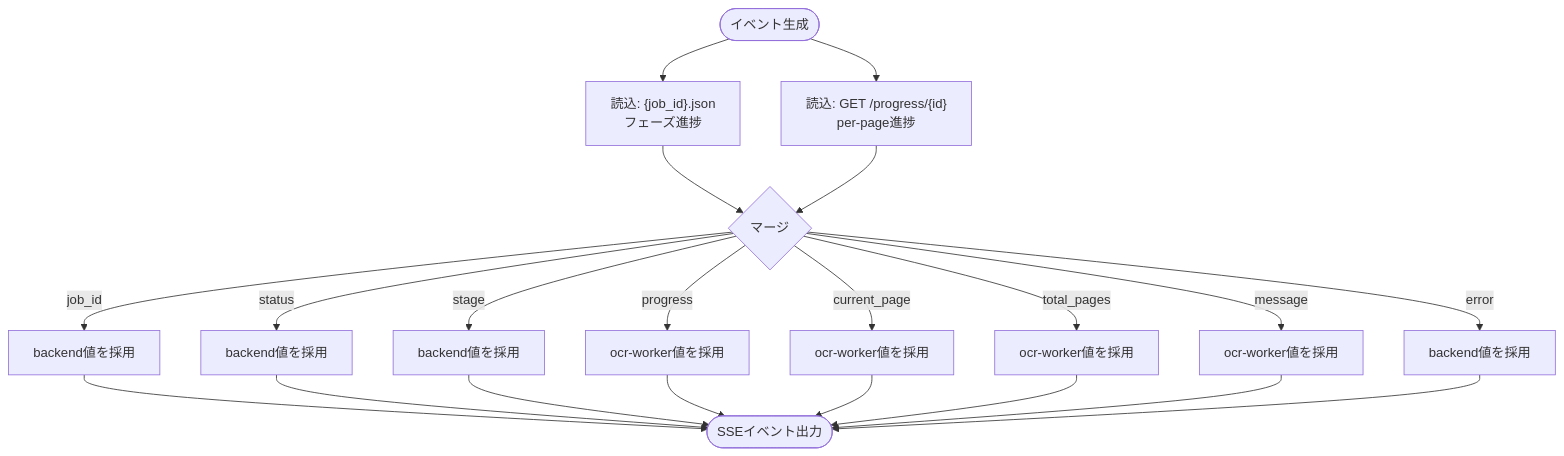
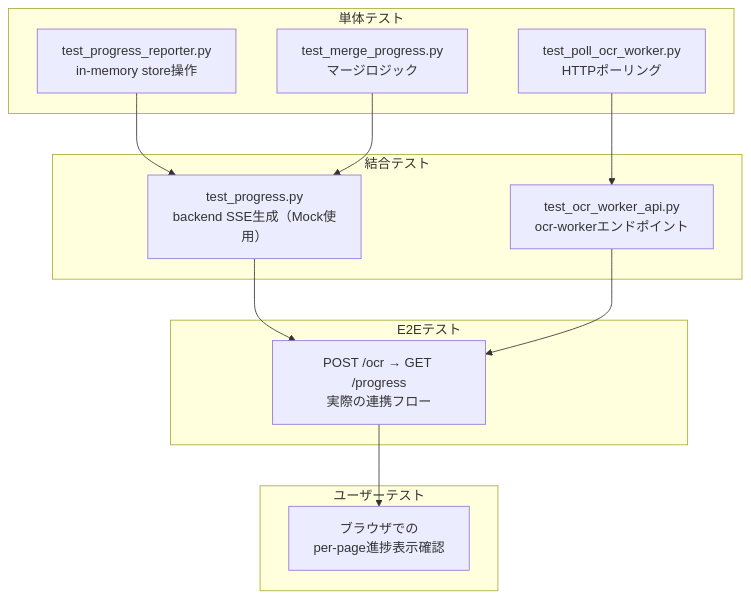
Before and after one commit to Hisao-Mizuochi-Develop/book2pdf: the sixth of 6 diagrams in docs/SY-CONTAINER-PROGRESS-API-DESIGN.md, drawn with Mermaid. The commit also changed other lines of this file and 3 other files, not shown here.

First line of the commit message:
docs(SY002001): restructure progress notification architecture specs

````diff
--- a/docs/SY-CONTAINER-PROGRESS-API-DESIGN.md
+++ b/docs/SY-CONTAINER-PROGRESS-API-DESIGN.md
@@ -192,26 +651,25 @@
 ```mermaid
 flowchart TD
-    Start(["イベント生成"]) --> ReadBE["読込: {job_id}.json<br/>フェーズ進捗"]
-    Start --> ReadOW["読込: GET /progress/{id}<br/>per-page進捗"]
+    subgraph Unit["単体テスト"]
+        U1["test_progress_reporter.py<br/>in-memory store操作"]
+        U2["test_merge_progress.py<br/>マージロジック"]
+        U3["test_poll_ocr_worker.py<br/>HTTPポーリング"]
+    end
+    subgraph Integration["結合テスト"]
+        I1["test_progress.py<br/>backend SSE生成（Mock使用）"]
+        I2["test_ocr_worker_api.py<br/>ocr-workerエンドポイント"]
+    end
+    subgraph E2E["E2Eテスト"]
+        E1["POST /ocr → GET /progress<br/>実際の連携フロー"]
+    end
+    subgraph UAT["ユーザーテスト"]
+        UIT["ブラウザでの<br/>per-page進捗表示確認"]
+    end
 
-    ReadBE --> Merge{"マージ"}
-    ReadOW --> Merge
-
-    Merge -->|job_id| F1["backend値を採用"]
-    Merge -->|status| F2["backend値を採用"]
-    Merge -->|stage| F3["backend値を採用"]
-    Merge -->|progress| F4["ocr-worker値を採用"]
-    Merge -->|current_page| F5["ocr-worker値を採用"]
-    Merge -->|total_pages| F6["ocr-worker値を採用"]
-    Merge -->|message| F7["ocr-worker値を採用"]
-    Merge -->|error| F8["backend値を採用"]
-
-    F1 --> Output(["SSEイベント出力"])
-    F2 --> Output
-    F3 --> Output
-    F4 --> Output
-    F5 --> Output
-    F6 --> Output
-    F7 --> Output
-    F8 --> Output
+    U1 --> I1
+    U2 --> I1
+    U3 --> I2
+    I1 --> E1
+    I2 --> E1
+    E1 --> UIT
 ```
````
